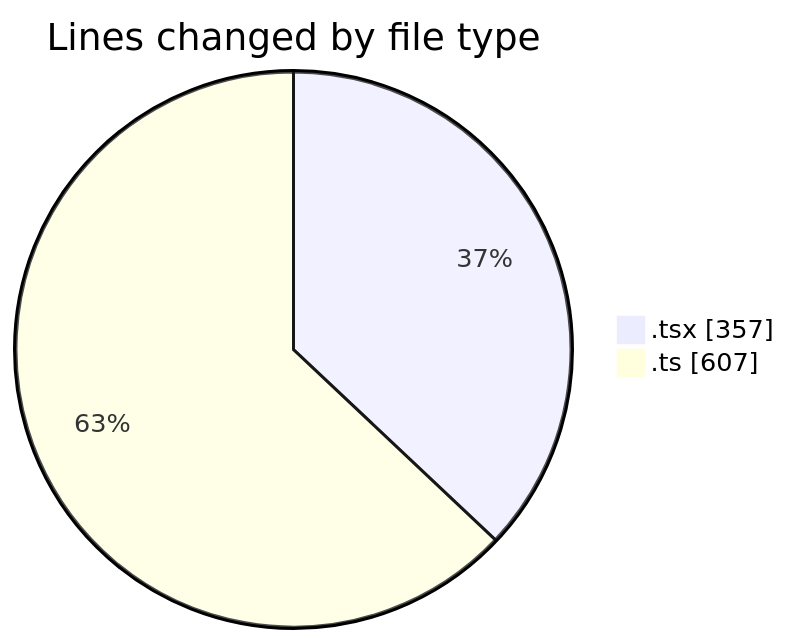
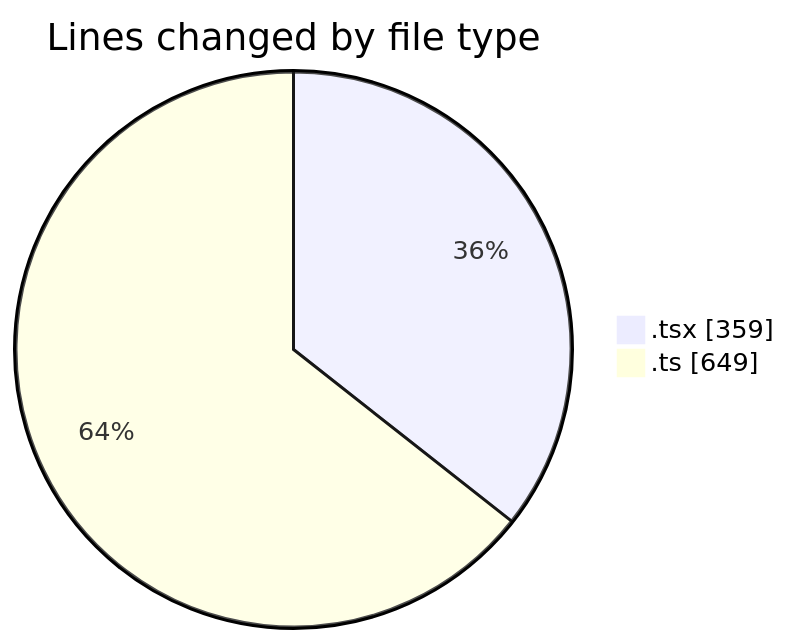
Before and after one commit to julien-gomy/code-tracking: the first of 2 diagrams in 2025-10-15/eventscop-frontend-guide__workspace_/README.md, drawn with Mermaid. The commit also changed other lines of this file and 1 other file, not shown here.

````diff
--- a/2025-10-15/eventscop-frontend-guide__workspace_/README.md
+++ b/2025-10-15/eventscop-frontend-guide__workspace_/README.md
@@ -24,6 +24,6 @@
 ```mermaid
 pie showData
 title Lines changed by file type
-".tsx" : 357
-".ts" : 607
+".tsx" : 359
+".ts" : 649
 ```
````
